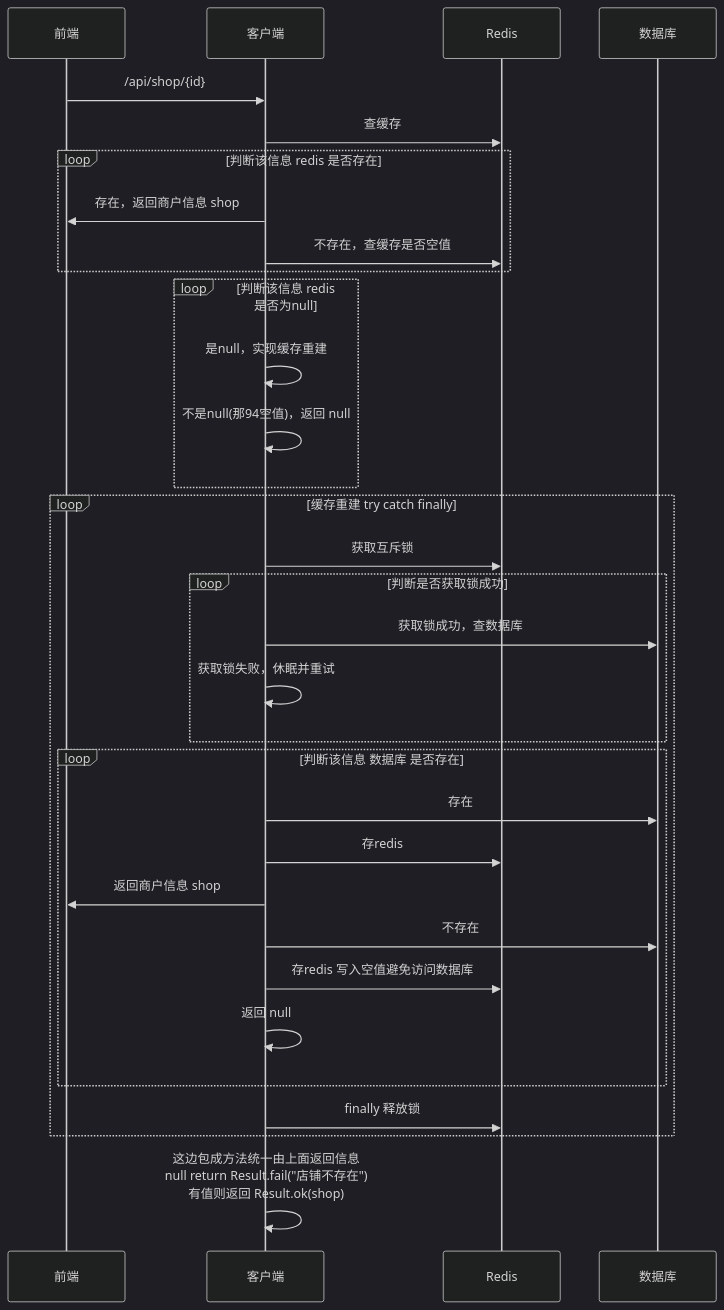
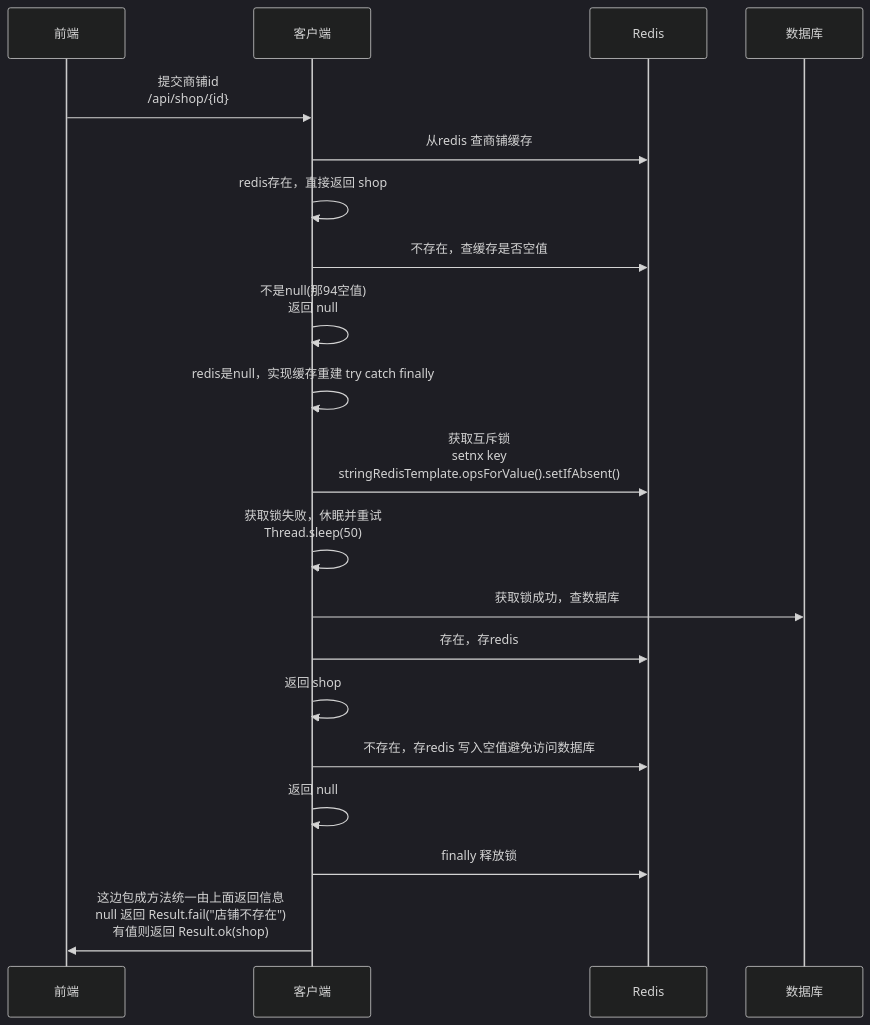
The fourth of 5 diagrams in README.md (feed981/e01), drawn with Mermaid (dark theme) before and after one commit. The commit also changed other lines of this file, not shown here.

````diff
--- a/README.md
+++ b/README.md
@@ -1385,37 +555,23 @@
 ```mermaid
 sequenceDiagram
     participant 前端
     participant 客户端
     participant Redis
     participant 数据库
-	
-	前端->>客户端: /api/shop/{id}
-	客户端->>Redis: 查缓存
-	loop 判断该信息 redis 是否存在
-	  客户端->>前端: 存在，返回商户信息 shop
-	  客户端->>Redis: 不存在，查缓存是否空值
-	end
-	loop 判断该信息 redis 是否为null
-	  客户端->>客户端: 	是null，实现缓存重建
-	  客户端->>客户端: 	不是null(那94空值)，返回 null 
-	end
-	loop 缓存重建 try catch finally
-		客户端->>Redis: 获取互斥锁
-		loop 判断是否获取锁成功
-			客户端->>数据库: 获取锁成功，查数据库
-			客户端->>客户端: 获取锁失败，休眠并重试	
-		end 
-		loop 判断该信息 数据库 是否存在
-		  客户端->>数据库: 存在
-		  客户端->>Redis: 存redis
-		  客户端->>前端: 返回商户信息 shop
-		  
-		  客户端->>数据库: 不存在
-		  客户端->>Redis: 存redis 写入空值避免访问数据库
-		  客户端->>客户端: 返回 null
-		end
-		客户端->>Redis: finally 释放锁
-	end 
-	客户端->>客户端: 这边包成方法统一由上面返回信息<br>null return Result.fail("店铺不存在")<br>有值则返回 Result.ok(shop)
-		
+
+前端->>客户端: 提交商铺id <br>/api/shop/{id}
+客户端->>Redis: 从redis 查商铺缓存
+客户端->>客户端: redis存在，直接返回 shop
+客户端->>Redis: 不存在，查缓存是否空值
+客户端->>客户端: 不是null(那94空值)<br>返回 null
+客户端->>客户端: redis是null，实现缓存重建 try catch finally
+客户端->>Redis: 获取互斥锁<br>setnx key <br>stringRedisTemplate.opsForValue().setIfAbsent()
+客户端->>客户端: 获取锁失败，休眠并重试<br>Thread.sleep(50)
+客户端->>数据库: 获取锁成功，查数据库
+客户端->>Redis: 存在，存redis
+客户端->>客户端: 返回 shop
+客户端->>Redis: 不存在，存redis 写入空值避免访问数据库
+客户端->>客户端: 返回 null
+客户端->>Redis: finally 释放锁
+客户端->>前端: 这边包成方法统一由上面返回信息<br>null 返回 Result.fail("店铺不存在")<br>有值则返回 Result.ok(shop)
 ```
````
